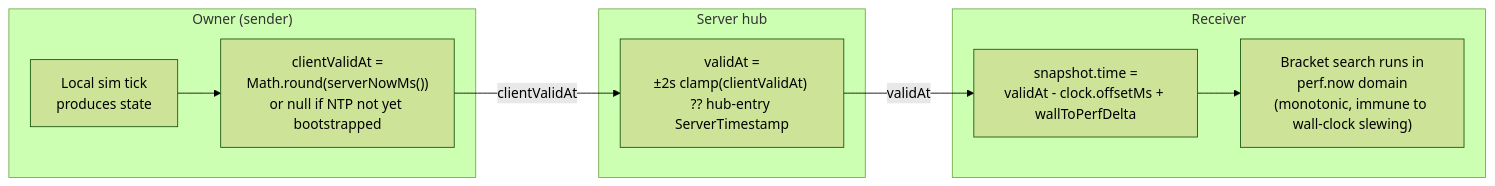
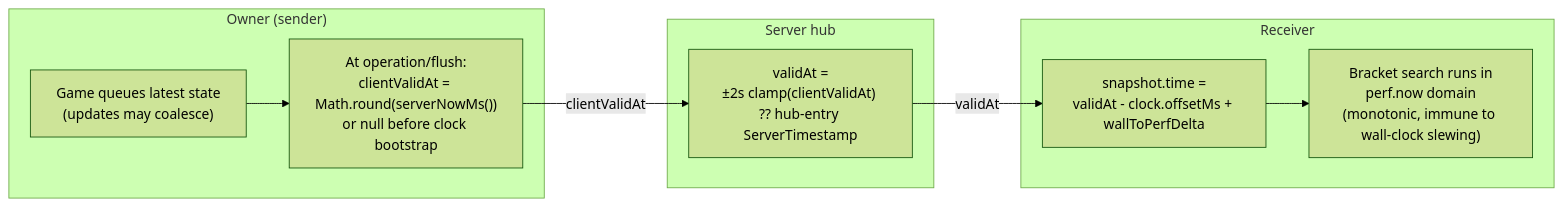
One commit to badvoidstar/astervoids changed diagram 24 of 36 in ARCHITECTURE.md. Above: the diagram before and after it, drawn with Mermaid (forest theme). The commit also changed other lines of this file and 2 other files, not shown here.

````diff
--- a/ARCHITECTURE.md
+++ b/ARCHITECTURE.md
@@ -856,21 +881,21 @@
 ```mermaid
 flowchart LR
     subgraph "Owner (sender)"
-        SIM["Local sim tick<br/>produces state"]
-        STAMP["clientValidAt =<br/>Math.round(serverNowMs())<br/>or null if NTP not yet bootstrapped"]
-        SIM --> STAMP
+        QUEUE["Game queues latest state<br/>(updates may coalesce)"]
+        STAMP["At operation/flush:<br/>clientValidAt = Math.round(serverNowMs())<br/>or null before clock bootstrap"]
+        QUEUE --> STAMP
     end
 
     subgraph "Server hub"
         CLAMP["validAt =<br/>±2s clamp(clientValidAt) ?? hub-entry ServerTimestamp"]
     end
 
     subgraph "Receiver"
         CONV["snapshot.time =<br/>validAt - clock.offsetMs + wallToPerfDelta"]
         BRACKET["Bracket search runs in<br/>perf.now domain<br/>(monotonic, immune to wall-clock slewing)"]
         CONV --> BRACKET
     end
 
     STAMP -->|"clientValidAt"| CLAMP
     CLAMP -->|"validAt"| CONV
 ```
````
